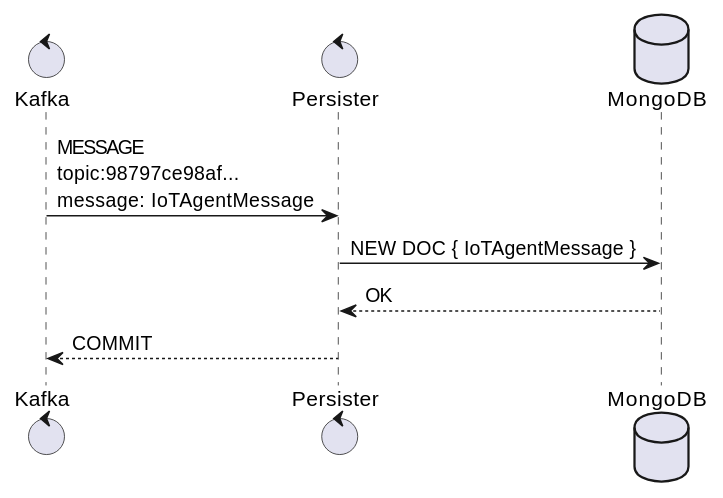
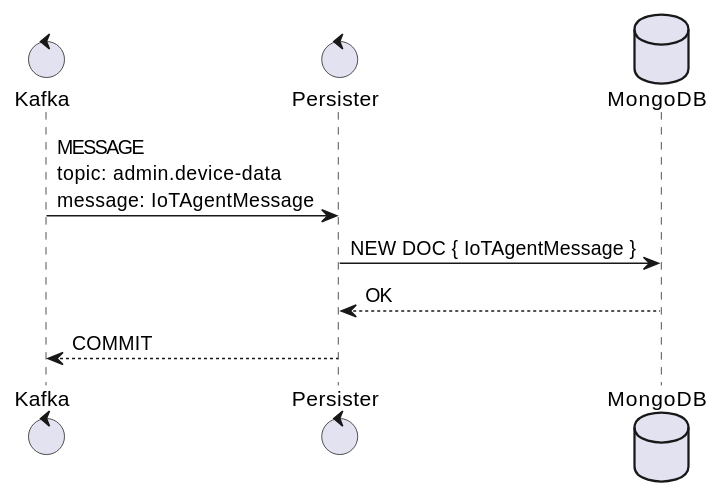
The ninth of 11 diagrams in source/internal-communication.rst (dojot/docs), drawn with PlantUML before and after one commit. The commit also changed other lines of this file and 5 other files, not shown here.

```diff
--- a/source/internal-communication.rst
+++ b/source/internal-communication.rst
@@ -482,12 +464,12 @@
 .. uml::
    :caption: Persister
    :align: center
 
    control Kafka
    control Persister
    database MongoDB
 
-   Kafka -> Persister: MESSAGE\ntopic:98797ce98af...\nmessage: IoTAgentMessage
+   Kafka -> Persister: MESSAGE\ntopic: admin.device-data \nmessage: IoTAgentMessage
    Persister -> MongoDB: NEW DOC { IoTAgentMessage }
    MongoDB --> Persister: OK
    Persister --> Kafka: COMMIT
```
